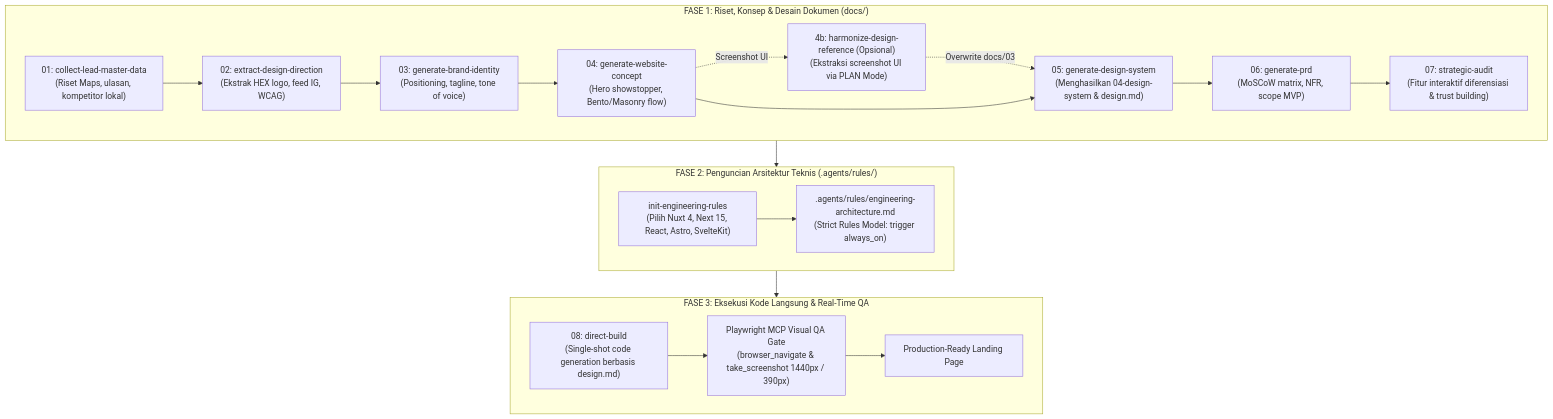
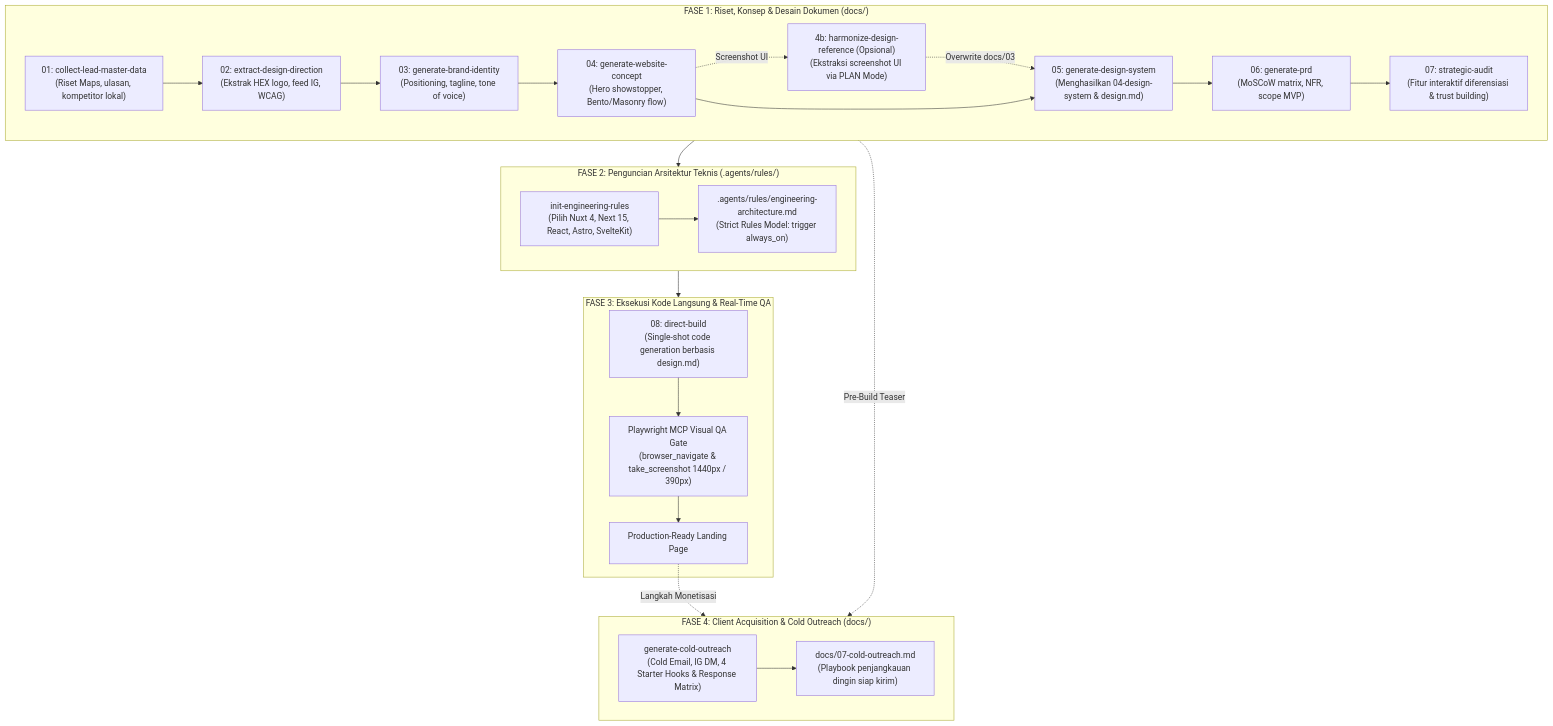
One commit to or-abdillh/agency-website-skillpack changed the diagram in README.md. Above: the diagram before and after it, drawn with Mermaid. The commit also changed other lines of this file and 1 other file, not shown here.

Commit message:
docs(site): document cold-outreach in README and update installer banner

````diff
--- a/README.md
+++ b/README.md
@@ -109,34 +110,42 @@
 ```mermaid
 flowchart TD
     subgraph Fase1["FASE 1: Riset, Konsep & Desain Dokumen (docs/)"]
         S1["01: collect-lead-master-data\n(Riset Maps, ulasan, kompetitor lokal)"]
         S2["02: extract-design-direction\n(Ekstrak HEX logo, feed IG, WCAG)"]
         S3["03: generate-brand-identity\n(Positioning, tagline, tone of voice)"]
         S4["04: generate-website-concept\n(Hero showstopper, Bento/Masonry flow)"]
         S4b["4b: harmonize-design-reference (Opsional)\n(Ekstraksi screenshot UI via PLAN Mode)"]
         S5["05: generate-design-system\n(Menghasilkan 04-design-system & design.md)"]
         S6["06: generate-prd\n(MoSCoW matrix, NFR, scope MVP)"]
         S7["07: strategic-audit\n(Fitur interaktif diferensiasi & trust building)"]
 
         S1 --> S2 --> S3 --> S4
         S4 -. Screenshot UI .-> S4b
         S4b -. Overwrite docs/03 .-> S5
         S4 --> S5
         S5 --> S6 --> S7
     end
 
     subgraph Fase2["FASE 2: Penguncian Arsitektur Teknis (.agents/rules/)"]
         R1["init-engineering-rules\n(Pilih Nuxt 4, Next 15, React, Astro, SvelteKit)"]
         R2[".agents/rules/engineering-architecture.md\n(Strict Rules Model: trigger always_on)"]
         R1 --> R2
     end
 
     subgraph Fase3["FASE 3: Eksekusi Kode Langsung & Real-Time QA"]
         B1["08: direct-build\n(Single-shot code generation berbasis design.md)"]
         PW["Playwright MCP Visual QA Gate\n(browser_navigate & take_screenshot 1440px / 390px)"]
         OUT["Production-Ready Landing Page"]
         B1 --> PW --> OUT
     end
 
+    subgraph Fase4["FASE 4: Client Acquisition & Cold Outreach (docs/)"]
+        CO["generate-cold-outreach\n(Cold Email, IG DM, 4 Starter Hooks & Response Matrix)"]
+        DOC7["docs/07-cold-outreach.md\n(Playbook penjangkauan dingin siap kirim)"]
+        CO --> DOC7
+    end
+
     Fase1 --> Fase2 --> Fase3
+    OUT -. Langkah Monetisasi .-> Fase4
+    Fase1 -. Pre-Build Teaser .-> Fase4
 ```
````
